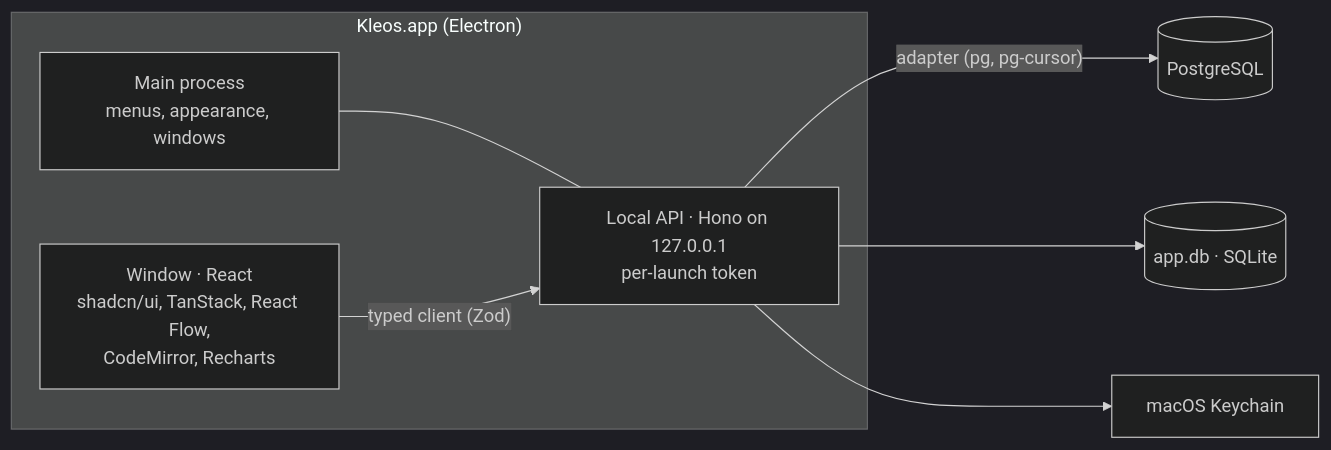
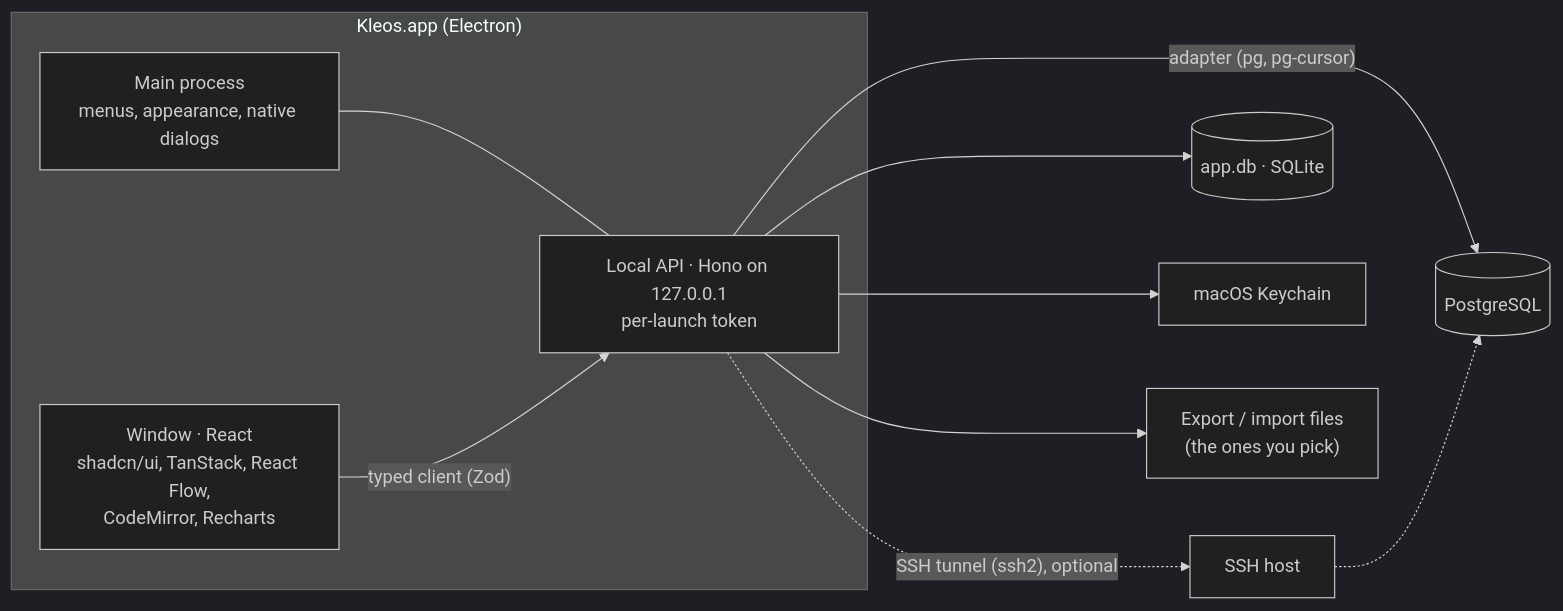
One commit to ArnaudFeelbat/kleos changed the diagram in README.md. Above: the diagram before and after it, drawn with Mermaid (dark theme). The commit also changed other lines of this file and 2 other files, not shown here.

First line of the commit message:
docs(readme): 0.4 gallery, SSH and files in the architecture, header shortcut, roadmap to 1.0

````diff
--- a/README.md
+++ b/README.md
@@ -135,13 +140,16 @@
 ```mermaid
 flowchart LR
   subgraph App["Kleos.app (Electron)"]
     UI["Window · React<br/>shadcn/ui, TanStack, React Flow,<br/>CodeMirror, Recharts"]
-    Main["Main process<br/>menus, appearance, windows"]
+    Main["Main process<br/>menus, appearance, native dialogs"]
     Server["Local API · Hono on 127.0.0.1<br/>per-launch token"]
     Main --- Server
     UI -- "typed client (Zod)" --> Server
   end
   Server -- "adapter (pg, pg-cursor)" --> PG[("PostgreSQL")]
+  Server -.->|"SSH tunnel (ssh2), optional"| Bastion["SSH host"]
+  Bastion -.-> PG
   Server --> DB[("app.db · SQLite")]
   Server --> KC["macOS Keychain"]
+  Server --> Files["Export / import files<br/>(the ones you pick)"]
 ```
````
